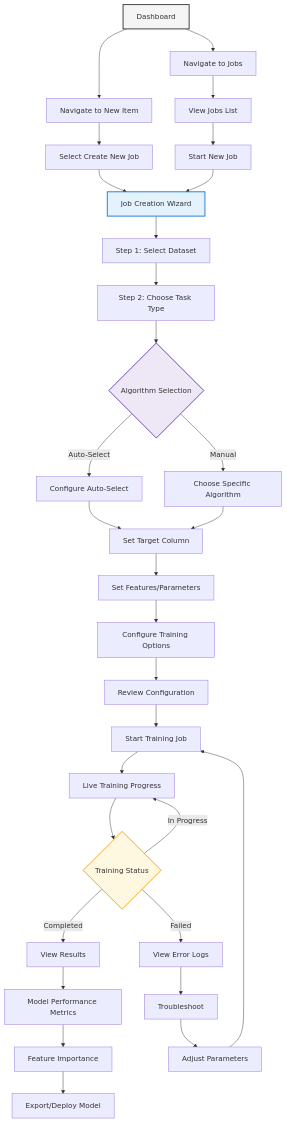
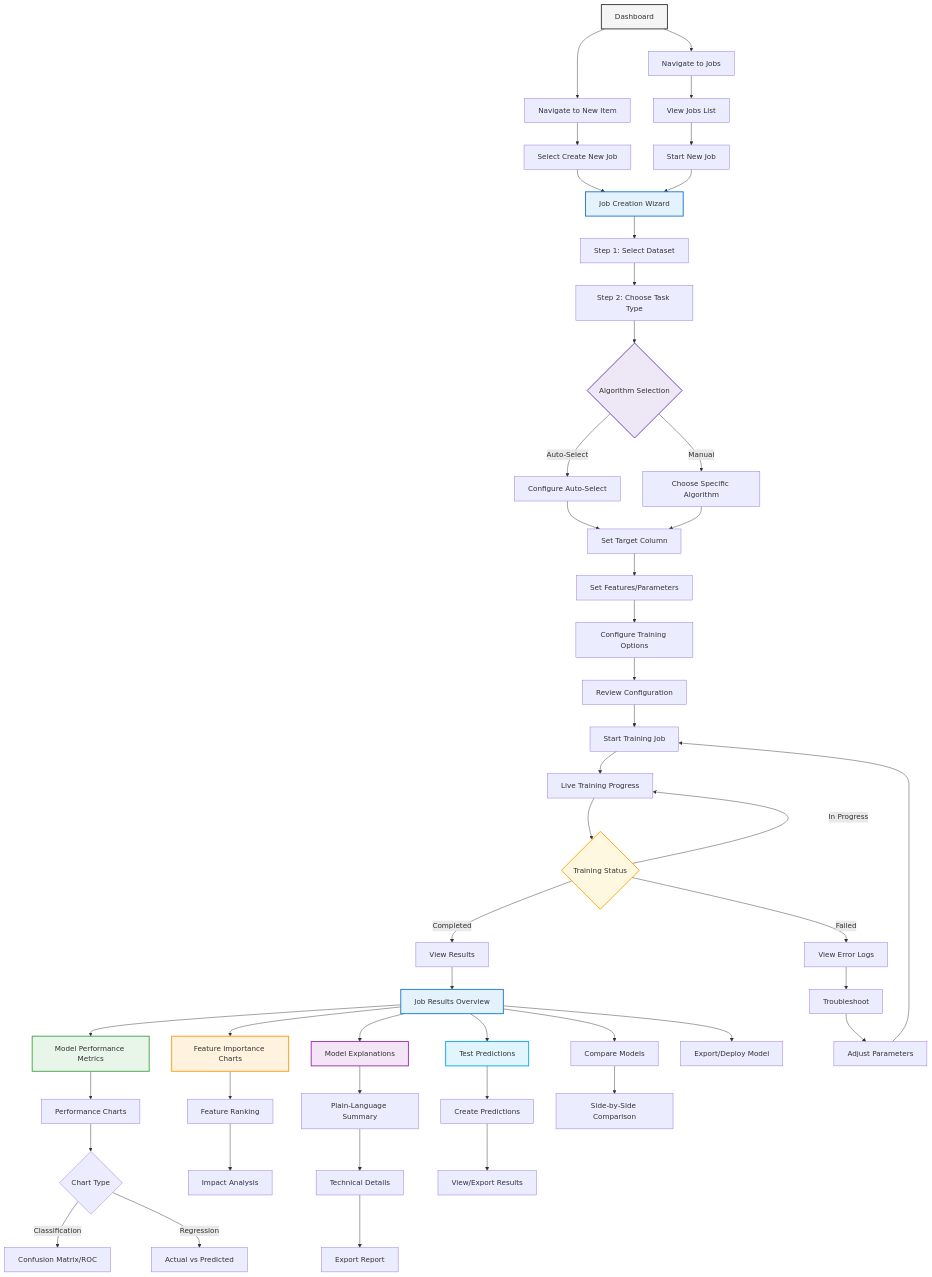
Before and after one commit to htnminh/packageml: the diagram in docs/user_flow_designs/4_model-training-flow.md, drawn with Mermaid. The commit also changed other lines of this file and 6 other files, not shown here.

Commit message:
edit flows

````diff
--- a/docs/user_flow_designs/4_model-training-flow.md
+++ b/docs/user_flow_designs/4_model-training-flow.md
@@ -1,43 +1,72 @@
 ```mermaid
 graph TD
     A[Dashboard] --> B[Navigate to Jobs]
     A --> C[Navigate to New Item]
     B --> D[View Jobs List]
     C --> E[Select Create New Job]
     D --> F[Start New Job]
     
     E --> G[Job Creation Wizard]
     F --> G
     
     G --> H[Step 1: Select Dataset]
     H --> I[Step 2: Choose Task Type]
     I --> J{Algorithm Selection}
     J -->|Auto-Select| K[Configure Auto-Select]
     J -->|Manual| L[Choose Specific Algorithm]
     
     K --> M[Set Target Column]
     L --> M
     M --> N[Set Features/Parameters]
     N --> O[Configure Training Options]
     O --> P[Review Configuration]
     P --> Q[Start Training Job]
     
     Q --> R[Live Training Progress]
     R --> S{Training Status}
     S -->|Completed| T[View Results]
     S -->|Failed| U[View Error Logs]
     S -->|In Progress| R
     
-    T --> V[Model Performance Metrics]
-    V --> W[Feature Importance]
-    W --> X[Export/Deploy Model]
+    %% Results visualization section (incorporated from results flow)
+    T --> V[Job Results Overview]
+    V --> W[Model Performance Metrics]
+    V --> X[Feature Importance Charts]
+    V --> Y[Model Explanations]
+    V --> Z[Test Predictions]
     
-    U --> Y[Troubleshoot]
-    Y --> Z[Adjust Parameters]
-    Z --> Q
+    W --> W1[Performance Charts]
+    W1 --> W2{Chart Type}
+    W2 -->|Classification| W3[Confusion Matrix/ROC]
+    W2 -->|Regression| W4[Actual vs Predicted]
+    
+    X --> X1[Feature Ranking]
+    X1 --> X2[Impact Analysis]
+    
+    Y --> Y1[Plain-Language Summary]
+    Y1 --> Y2[Technical Details]
+    Y2 --> Y3[Export Report]
+    
+    Z --> Z1[Create Predictions]
+    Z1 --> Z2[View/Export Results]
+    
+    V --> V1[Compare Models]
+    V1 --> V2[Side-by-Side Comparison]
+    
+    %% Deployment options
+    V --> AA[Export/Deploy Model]
+    
+    U --> BB[Troubleshoot]
+    BB --> CC[Adjust Parameters]
+    CC --> Q
     
     style A fill:#f5f5f5,stroke:#333,stroke-width:2px
     style G fill:#e3f2fd,stroke:#1976d2,stroke-width:2px
     style J fill:#ede7f6,stroke:#673ab7,stroke-width:2px
     style S fill:#fff8e1,stroke:#ffa000,stroke-width:2px
+    style V fill:#e3f2fd,stroke:#1976d2,stroke-width:2px
+    style W fill:#e8f5e9,stroke:#43a047,stroke-width:2px
+    style X fill:#fff3e0,stroke:#ff9800,stroke-width:2px
+    style Y fill:#f3e5f5,stroke:#9c27b0,stroke-width:2px
+    style Z fill:#e1f5fe,stroke:#03a9f4,stroke-width:2px
 ```
````
